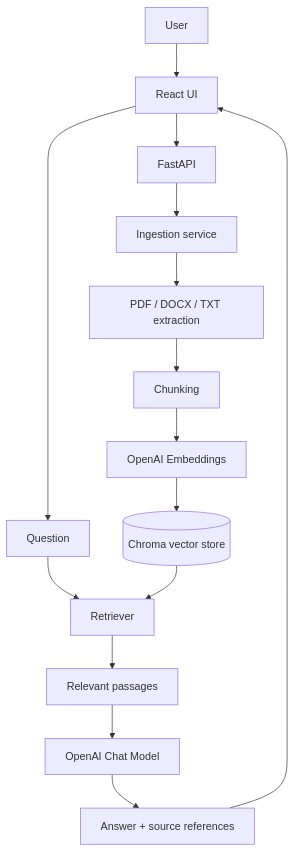
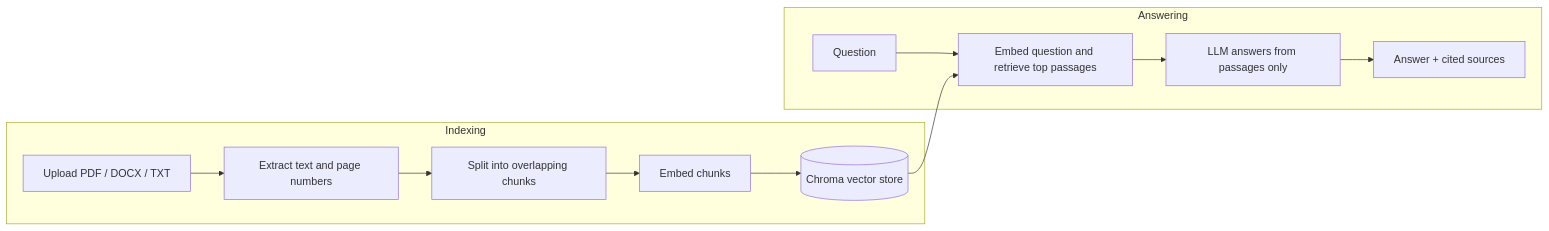
One commit to morgy-stack/documind-ai changed the diagram in README.md. Above: the diagram before and after it, drawn with Mermaid. The commit also changed other lines of this file, not shown here.

````diff
--- a/README.md
+++ b/README.md
@@ -34,17 +42,15 @@
 ```mermaid
-flowchart TD
-  U[User] --> UI[React UI]
-  UI --> API[FastAPI]
-  API --> ING[Ingestion service]
-  ING --> EXT[PDF / DOCX / TXT extraction]
-  EXT --> CH[Chunking]
-  CH --> EMB[OpenAI Embeddings]
-  EMB --> VDB[(Chroma vector store)]
-  UI --> Q[Question]
-  Q --> RET[Retriever]
-  VDB --> RET
-  RET --> CTX[Relevant passages]
-  CTX --> LLM[OpenAI Chat Model]
-  LLM --> ANS[Answer + source references]
-  ANS --> UI
+flowchart LR
+  subgraph Indexing
+    A[Upload PDF / DOCX / TXT] --> B[Extract text and page numbers]
+    B --> C[Split into overlapping chunks]
+    C --> D[Embed chunks]
+    D --> E[(Chroma vector store)]
+  end
+  subgraph Answering
+    Q[Question] --> R[Embed question and retrieve top passages]
+    E --> R
+    R --> L[LLM answers from passages only]
+    L --> S[Answer + cited sources]
+  end
 ```
````
